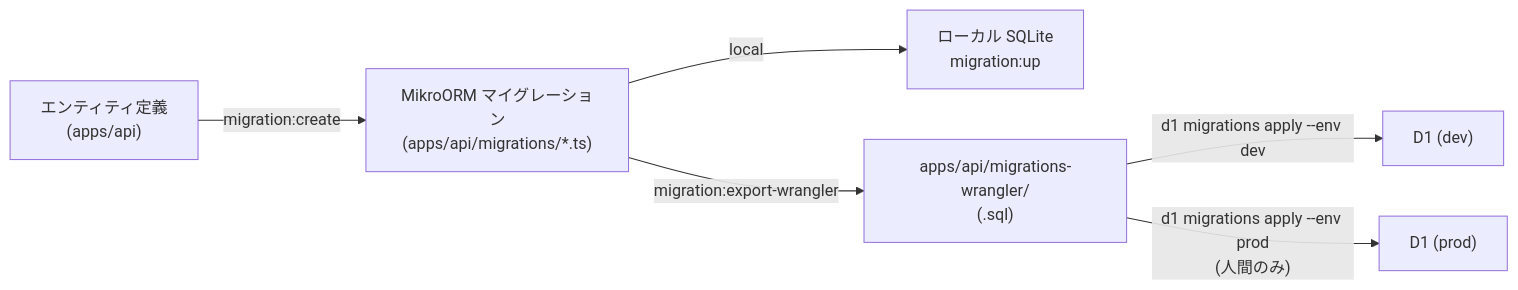
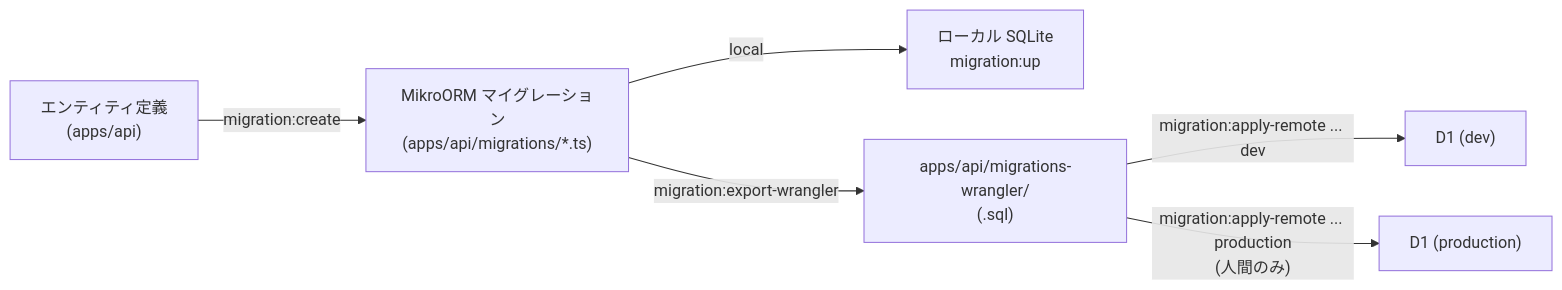
One commit to kurachiweb/genai-example-1-profile-community changed the first of 2 diagrams in docs/GUIDES/db/02-migrations.md. Above: the diagram before and after it, drawn with Mermaid. The commit also changed other lines of this file and 13 other files, not shown here.

````diff
--- a/docs/GUIDES/db/02-migrations.md
+++ b/docs/GUIDES/db/02-migrations.md
@@ -14,8 +15,8 @@
 ```mermaid
 flowchart LR
     ENT["エンティティ定義<br/>(apps/api)"] -->|"migration:create"| MIG["MikroORM マイグレーション<br/>(apps/api/migrations/*.ts)"]
     MIG -->|local| SQLITE["ローカル SQLite<br/>migration:up"]
     MIG -->|"migration:export-wrangler"| WMIG["apps/api/migrations-wrangler/<br/>(.sql)"]
-    WMIG -->|"d1 migrations apply --env dev"| D1DEV["D1 (dev)"]
-    WMIG -->|"d1 migrations apply --env prod<br/>(人間のみ)"| D1PROD["D1 (prod)"]
+    WMIG -->|"migration:apply-remote ... dev"| D1DEV["D1 (dev)"]
+    WMIG -->|"migration:apply-remote ... production<br/>(人間のみ)"| D1PROD["D1 (production)"]
 ```
````
